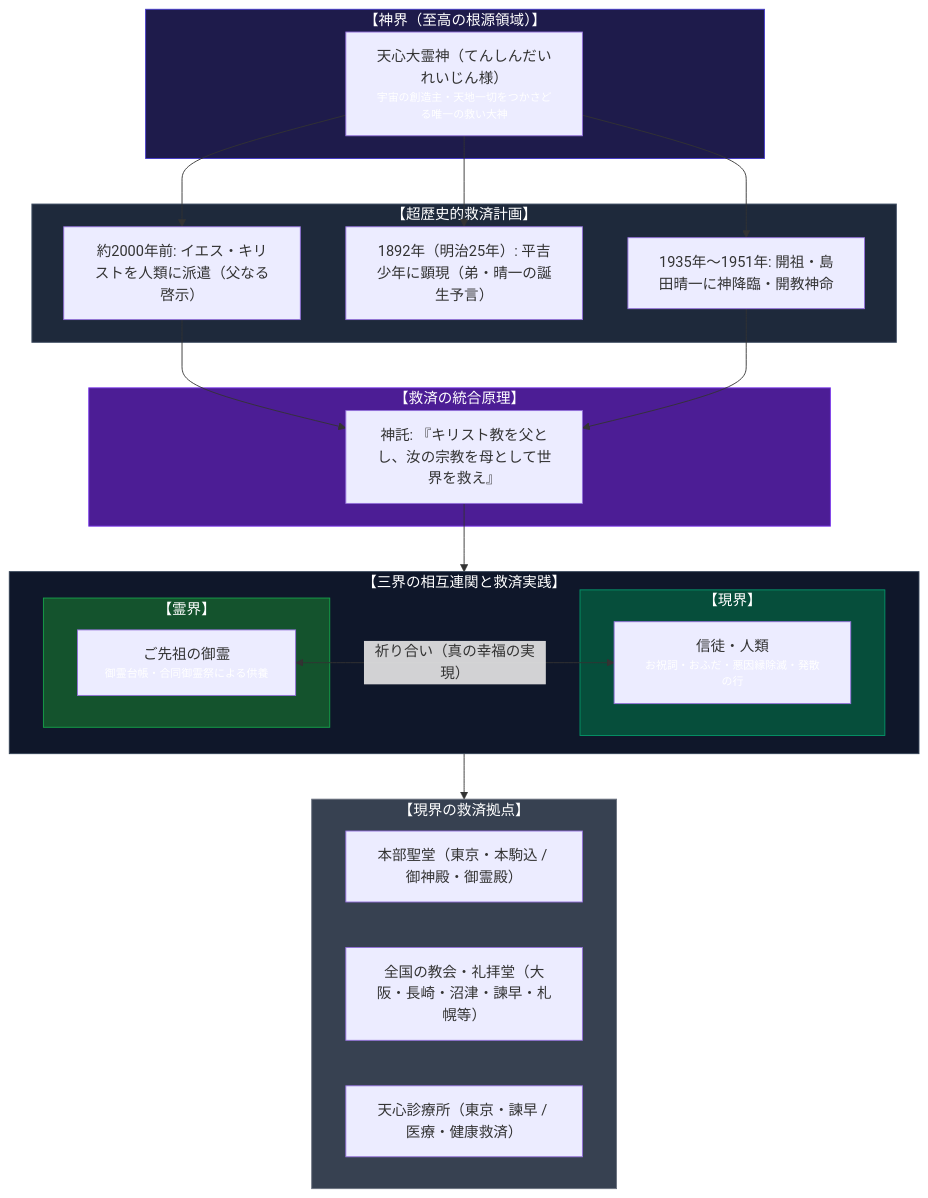
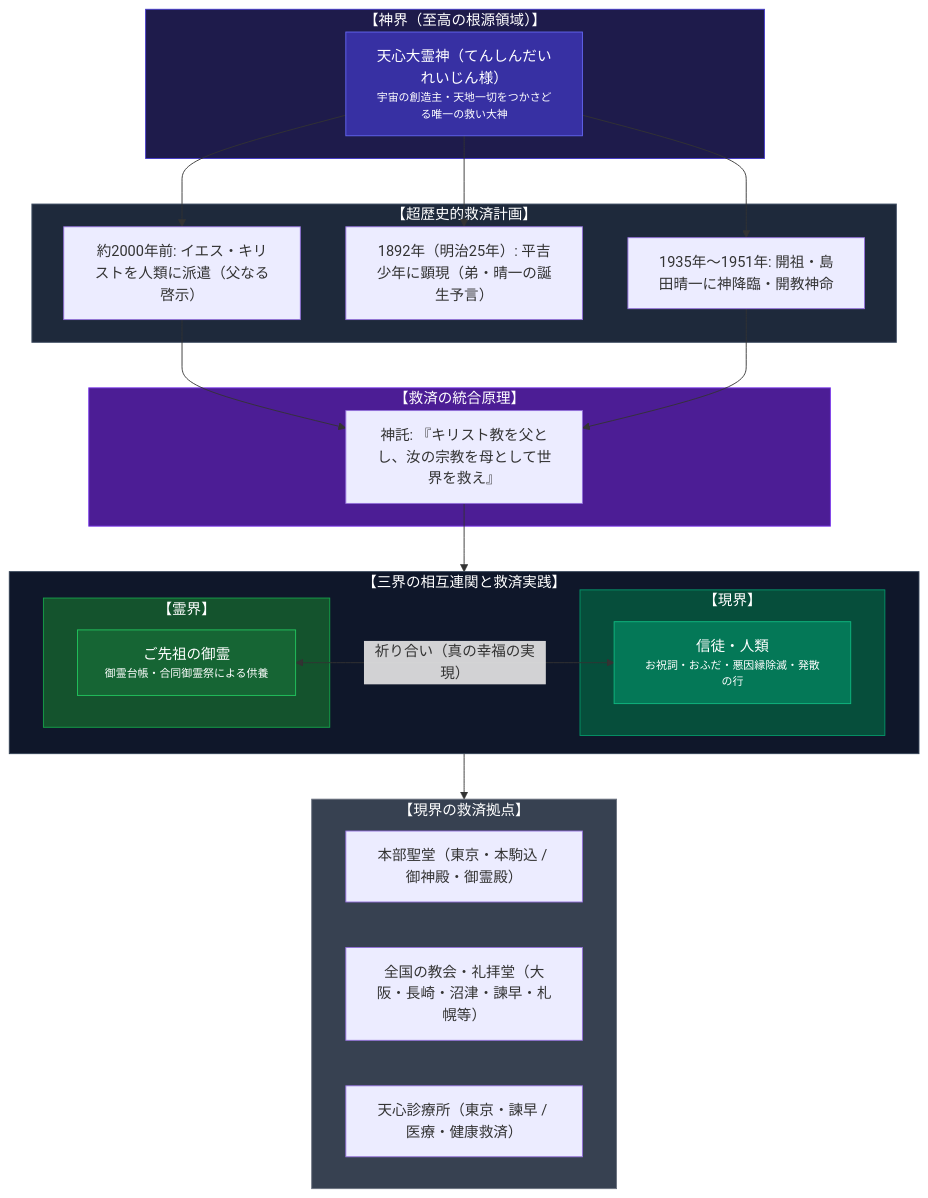
Before and after one commit to iida-masashi/religion-garden: the second of 2 diagrams in content/01_宗派・異端研究/14_神道系/天心聖教.md, drawn with Mermaid. The commit also changed 3 other files, not shown here.

````diff
--- a/content/01_宗派・異端研究/14_神道系/天心聖教.md
+++ b/content/01_宗派・異端研究/14_神道系/天心聖教.md
@@ -201,48 +201,51 @@
 ```mermaid
 flowchart TD
     subgraph 神界 ["【神界（至高の根源領域）】"]
         T["天心大霊神（てんしんだいれいじん様）<br/><div style='font-size:12px; color:#ffffff;'>宇宙の創造主・天地一切をつかさどる唯一の救い大神</div>"]
     end
 
     subgraph 救済史 ["【超歴史的救済計画】"]
         H1["約2000年前: イエス・キリストを人類に派遣（父なる啓示）"]
         H2["1892年（明治25年）: 平吉少年に顕現（弟・晴一の誕生予言）"]
         H3["1935年〜1951年: 開祖・島田晴一に神降臨・開教神命"]
     end
 
     subgraph 神託 ["【救済の統合原理】"]
         O["神託: 『キリスト教を父とし、汝の宗教を母として世界を救え』"]
     end
 
     subgraph 三界統治 ["【三界の相互連関と救済実践】"]
         direction LR
         subgraph 霊界 ["【霊界】"]
             R["ご先祖の御霊<br/><div style='font-size:12px; color:#ffffff;'>御霊台帳・合同御霊祭による供養</div>"]
         end
         subgraph 現界 ["【現界】"]
             G["信徒・人類<br/><div style='font-size:12px; color:#ffffff;'>お祝詞・おふだ・悪因縁除滅・発散の行</div>"]
         end
     end
 
     subgraph 拠点網 ["【現界の救済拠点】"]
         B1["本部聖堂（東京・本駒込 / 御神殿・御霊殿）"]
         B2["全国の教会・礼拝堂（大阪・長崎・沼津・諫早・札幌等）"]
         B3["天心診療所（東京・諫早 / 医療・健康救済）"]
     end
 
     T --> H1
     T --> H2
     T --> H3
     H1 & H3 --> O
     O --> 三界統治
     R <--> |"祈り合い（真の幸福の実現）"| G
     G --> 拠点網
 
     style 神界 fill:#1e1b4b,stroke:#4338ca,color:#ffffff
     style 救済史 fill:#1e293b,stroke:#475569,color:#ffffff
     style 神託 fill:#4c1d95,stroke:#7c3aed,color:#ffffff
     style 三界統治 fill:#0f172a,stroke:#334155,color:#ffffff
     style 霊界 fill:#14532d,stroke:#16a34a,color:#ffffff
     style 現界 fill:#064e3b,stroke:#059669,color:#ffffff
     style 拠点網 fill:#374151,stroke:#6b7280,color:#ffffff
+    style T fill:#3730a3,stroke:#6366f1,color:#ffffff
+    style R fill:#166534,stroke:#22c55e,color:#ffffff
+    style G fill:#047857,stroke:#10b981,color:#ffffff
 ```
````
